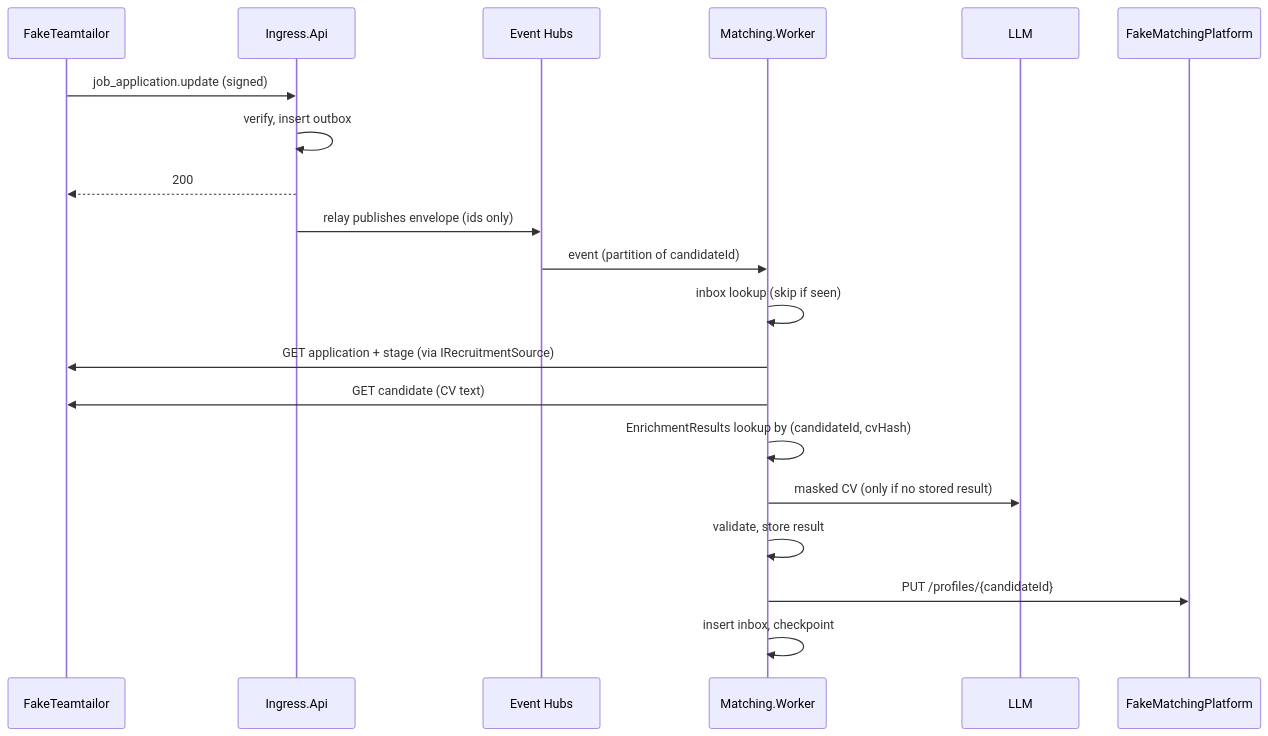
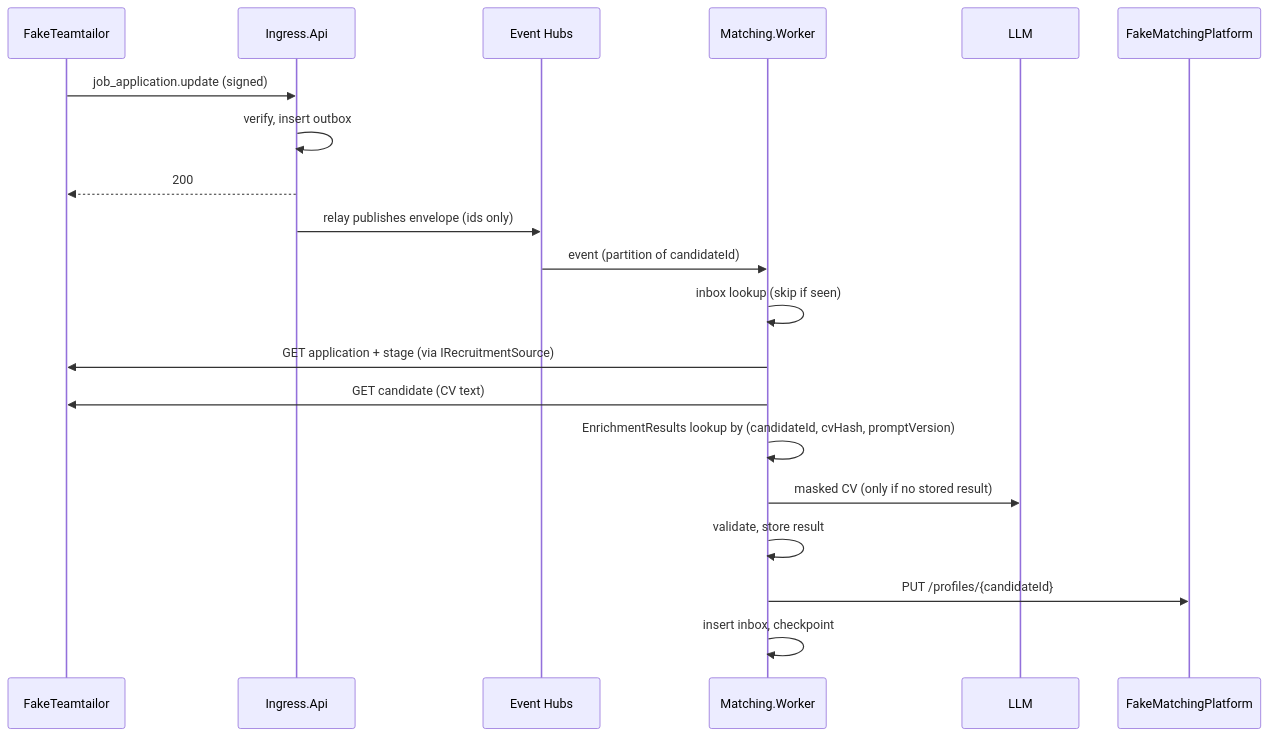
One commit to wcislom/TalentSync changed the second of 3 diagrams in docs/diagrams.md. Above: the diagram before and after it, drawn with Mermaid. The commit also changed 19 other files, not shown here.

Commit message:
feat(matching): Adds PromptVersion column to the cache key (#17)

````diff
--- a/docs/diagrams.md
+++ b/docs/diagrams.md
@@ -46,22 +46,22 @@
 ```mermaid
 sequenceDiagram
   participant TT as FakeTeamtailor
   participant IN as Ingress.Api
   participant EH as Event Hubs
   participant MW as Matching.Worker
   participant LLM
   participant MP as FakeMatchingPlatform
   TT->>IN: job_application.update (signed)
   IN->>IN: verify, insert outbox
   IN-->>TT: 200
   IN->>EH: relay publishes envelope (ids only)
   EH->>MW: event (partition of candidateId)
   MW->>MW: inbox lookup (skip if seen)
   MW->>TT: GET application + stage (via IRecruitmentSource)
   MW->>TT: GET candidate (CV text)
-  MW->>MW: EnrichmentResults lookup by (candidateId, cvHash)
+  MW->>MW: EnrichmentResults lookup by (candidateId, cvHash, promptVersion)
   MW->>LLM: masked CV (only if no stored result)
   MW->>MW: validate, store result
   MW->>MP: PUT /profiles/{candidateId}
   MW->>MW: insert inbox, checkpoint
 ```
````
